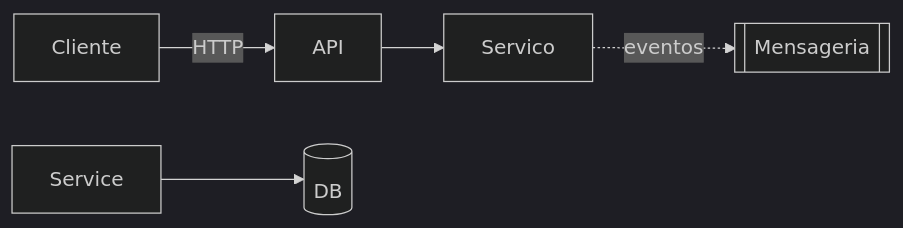
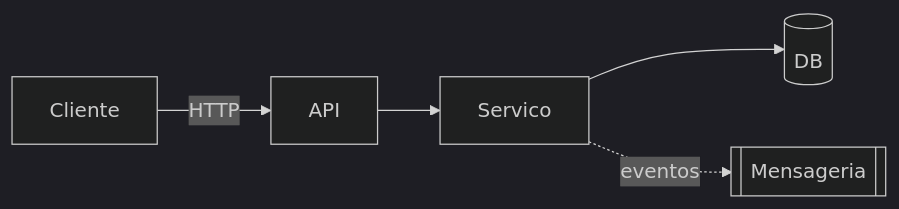
Before and after one commit to DartGit-dev/git2dart: the diagram in .kiro/skills/reversa-designer/references/templates/target_architecture.md, drawn with Mermaid (dark theme). The commit also changed other lines of this file and 3435 other files, not shown here.

````diff
--- a/.kiro/skills/reversa-designer/references/templates/target_architecture.md
+++ b/.kiro/skills/reversa-designer/references/templates/target_architecture.md
@@ -20,8 +20,8 @@
 ```mermaid
 flowchart LR
-%% Replace with actual diagram
+    %% Substituir pelo diagrama real
     Cliente -->|HTTP| API
     API --> Servico
-Service --> Bank[(DB)]
+    Servico --> Banco[(DB)]
     Servico -.eventos.-> Fila[[Mensageria]]
 ```
````
